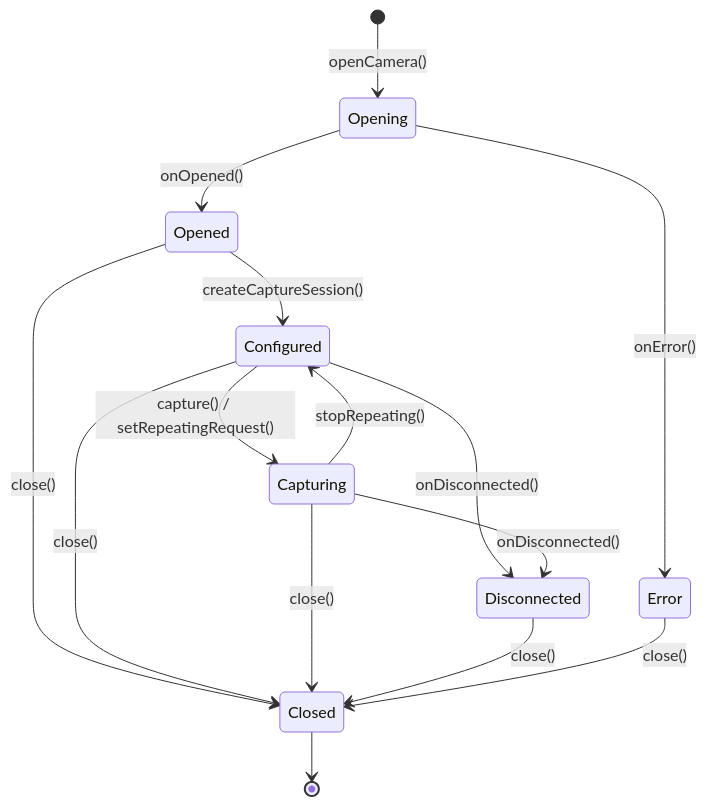
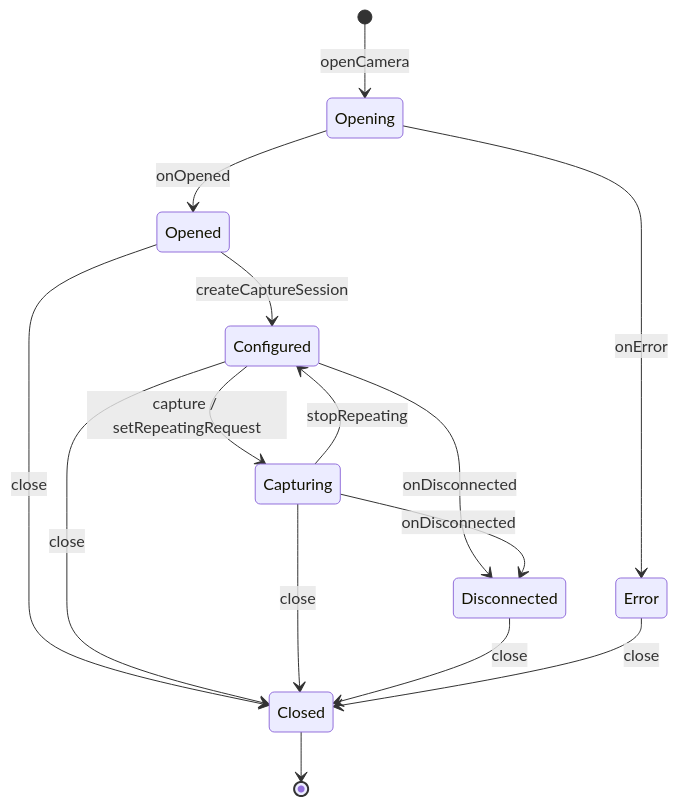
Before and after one commit to fwrite0920/aosp-internal-book: the second of 24 diagrams in 62-camera2-pipeline.md, drawn with Mermaid. The commit also changed other lines of this file and 21 other files, not shown here.

First line of the commit message:
Fix Mermaid diagrams and formatting in Parts IX-XV and Appendix A (chapters 40-63)

````diff
--- a/62-camera2-pipeline.md
+++ b/62-camera2-pipeline.md
@@ -182,17 +182,17 @@
 ```mermaid
 stateDiagram-v2
-    [*] --> Opening: openCamera()
-    Opening --> Opened: onOpened()
-    Opening --> Error: onError()
-    Opened --> Configured: createCaptureSession()
-    Configured --> Capturing: capture() / setRepeatingRequest()
-    Capturing --> Configured: stopRepeating()
-    Configured --> Disconnected: onDisconnected()
-    Capturing --> Disconnected: onDisconnected()
-    Opened --> Closed: close()
-    Configured --> Closed: close()
-    Capturing --> Closed: close()
-    Disconnected --> Closed: close()
-    Error --> Closed: close()
+    [*] --> Opening: openCamera
+    Opening --> Opened: onOpened
+    Opening --> Error: onError
+    Opened --> Configured: createCaptureSession
+    Configured --> Capturing: capture / setRepeatingRequest
+    Capturing --> Configured: stopRepeating
+    Configured --> Disconnected: onDisconnected
+    Capturing --> Disconnected: onDisconnected
+    Opened --> Closed: close
+    Configured --> Closed: close
+    Capturing --> Closed: close
+    Disconnected --> Closed: close
+    Error --> Closed: close
     Closed --> [*]
 ```
````
